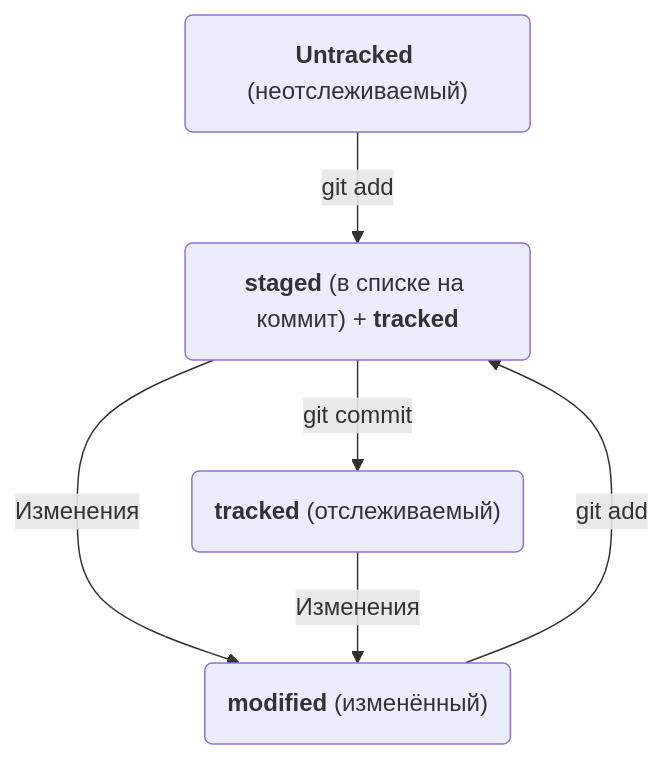
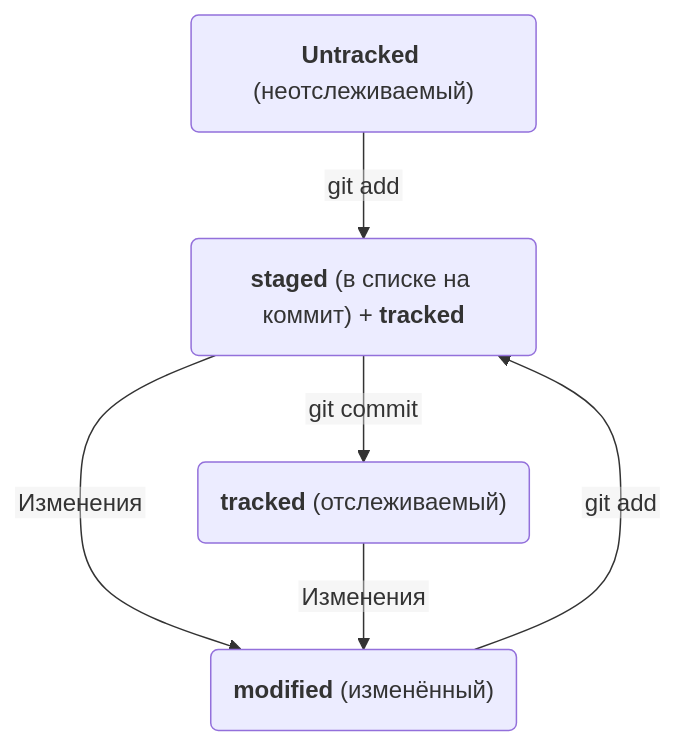
One commit to geparrrd/git_manual changed the diagram in readme.md. Above: the diagram before and after it, drawn with Mermaid.

Commit message:
Исавить т

````diff
--- a/readme.md
+++ b/readme.md
@@ -195,8 +195,9 @@
 ```mermaid
+%%{init: {"flowchart": {"htmlLabels": false}} }%%
 flowchart TD;
 	markdown("`**Untracked** (неотслеживаемый)`") -- "git add" --> A("`**staged** (в списке на коммит) + **tracked**`");
 	A -- "Изменения" --> B("`**modified** (изменённый)`");
 	A -- "git commit" --> C("`**tracked** (отслеживаемый)`");
 	C -- "Изменения" --> B;
 	B -- "git add" --> A;
 ```
````
